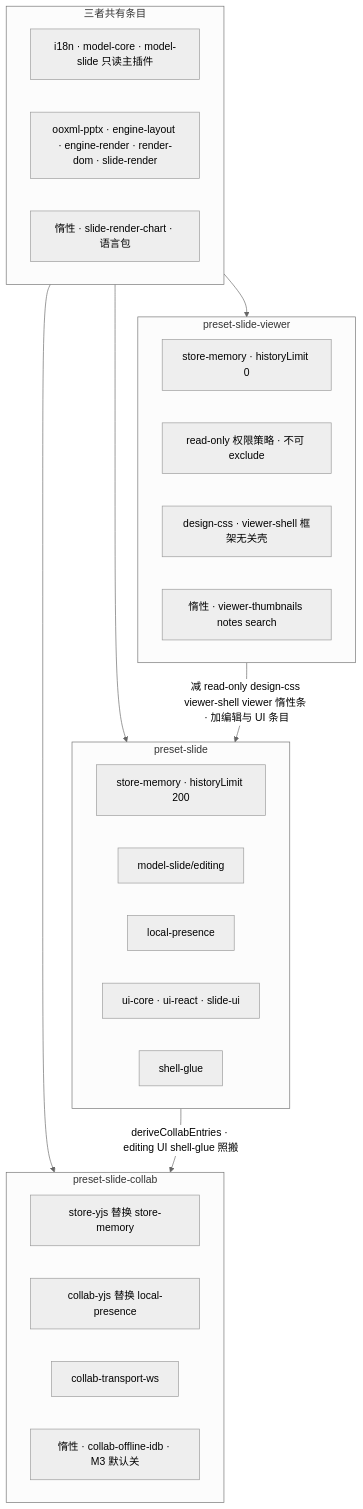
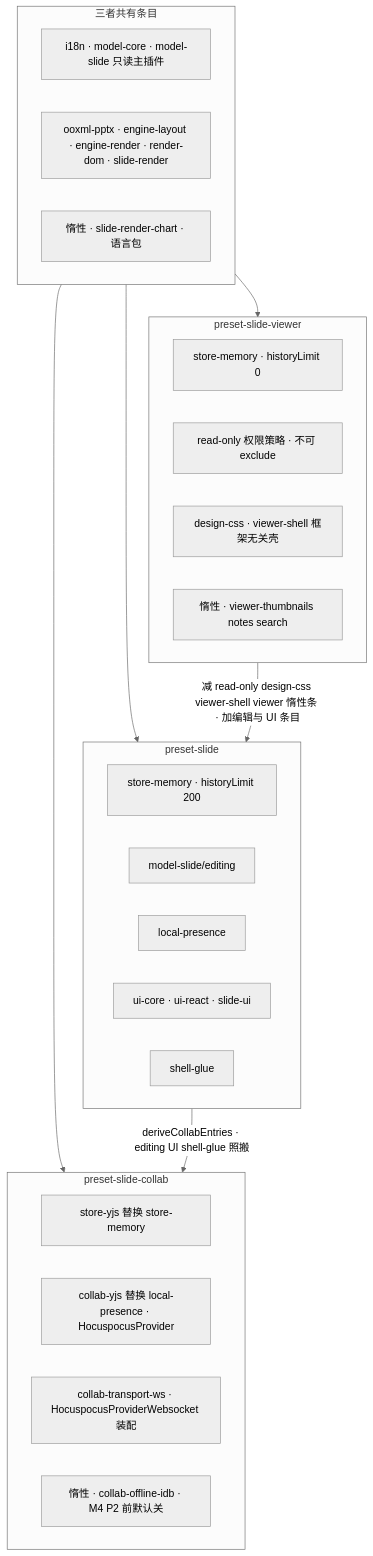
One commit to Xeonice/cordis-ppt-editor changed diagram 17 of 36 in docs/40-modules/18-atlas-system-and-frontend.md. Above: the diagram before and after it, drawn with Mermaid (neutral theme). The commit also changed other lines of this file and 78 other files, not shown here.

````diff
--- a/docs/40-modules/18-atlas-system-and-frontend.md
+++ b/docs/40-modules/18-atlas-system-and-frontend.md
@@ -597,36 +606,36 @@
 ```mermaid
 flowchart TB
   subgraph common["三者共有条目"]
     direction LR
     c1["i18n · model-core · model-slide 只读主插件"]
     c2["ooxml-pptx · engine-layout · engine-render · render-dom · slide-render"]
     c3["惰性 · slide-render-chart · 语言包"]
   end
   subgraph viewer["preset-slide-viewer"]
     direction LR
     v1["store-memory · historyLimit 0"]
     v2["read-only 权限策略 · 不可 exclude"]
     v3["design-css · viewer-shell 框架无关壳"]
     v4["惰性 · viewer-thumbnails notes search"]
   end
   subgraph slide["preset-slide"]
     direction LR
     s1["store-memory · historyLimit 200"]
     s2["model-slide/editing"]
     s3["local-presence"]
     s4["ui-core · ui-react · slide-ui"]
     s5["shell-glue"]
   end
   subgraph collab["preset-slide-collab"]
     direction LR
     k1["store-yjs 替换 store-memory"]
-    k2["collab-yjs 替换 local-presence"]
-    k3["collab-transport-ws"]
-    k4["惰性 · collab-offline-idb · M3 默认关"]
+    k2["collab-yjs 替换 local-presence · HocuspocusProvider"]
+    k3["collab-transport-ws · HocuspocusProviderWebsocket 装配"]
+    k4["惰性 · collab-offline-idb · M4 P2 前默认关"]
   end
   common --> viewer
   common --> slide
   common --> collab
   viewer -- "减 read-only design-css viewer-shell viewer 惰性条 · 加编辑与 UI 条目" --> slide
   slide -- "deriveCollabEntries · editing UI shell-glue 照搬" --> collab
 ```
````
